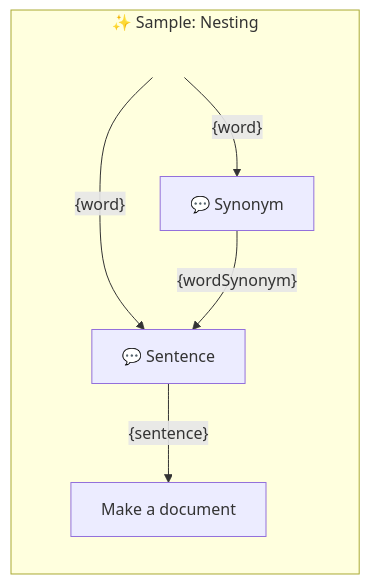
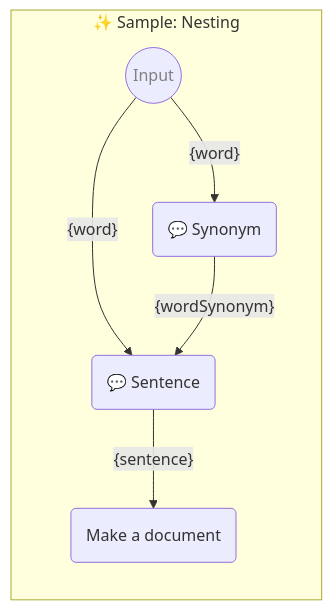
The diagram in samples/templates/50-nesting.ptbk.md (webgptorg/promptbook), drawn with Mermaid before and after one commit. The commit also changed 19 other files, not shown here.

Commit message:
Auto-generated Mermaid graphs of promptboks

````diff
--- a/samples/templates/50-nesting.ptbk.md
+++ b/samples/templates/50-nesting.ptbk.md
@@ -15,21 +15,21 @@
 ```mermaid
 %% 🔮 Tip: Open this on GitHub or in the VSCode website to see the Mermaid graph visually
 
 flowchart LR
   subgraph "✨ Sample: Nesting"
 
       direction TB
 
-      input[<!--Input-->]:::hidden
-      templateSynonym[💬 Synonym]
+      input((Input)):::input
+      templateSynonym(💬 Synonym)
       input--"{word}"-->templateSynonym
-      templateSentence[💬 Sentence]
+      templateSentence(💬 Sentence)
       input--"{word}"-->templateSentence
       templateSynonym--"{wordSynonym}"-->templateSentence
-      templateMakeADocument[Make a document]
+      templateMakeADocument(Make a document)
       templateSentence--"{sentence}"-->templateMakeADocument
 
-      classDef hidden visibility: hidden;
+      classDef input color: grey;
 
   end;
 ```
````
